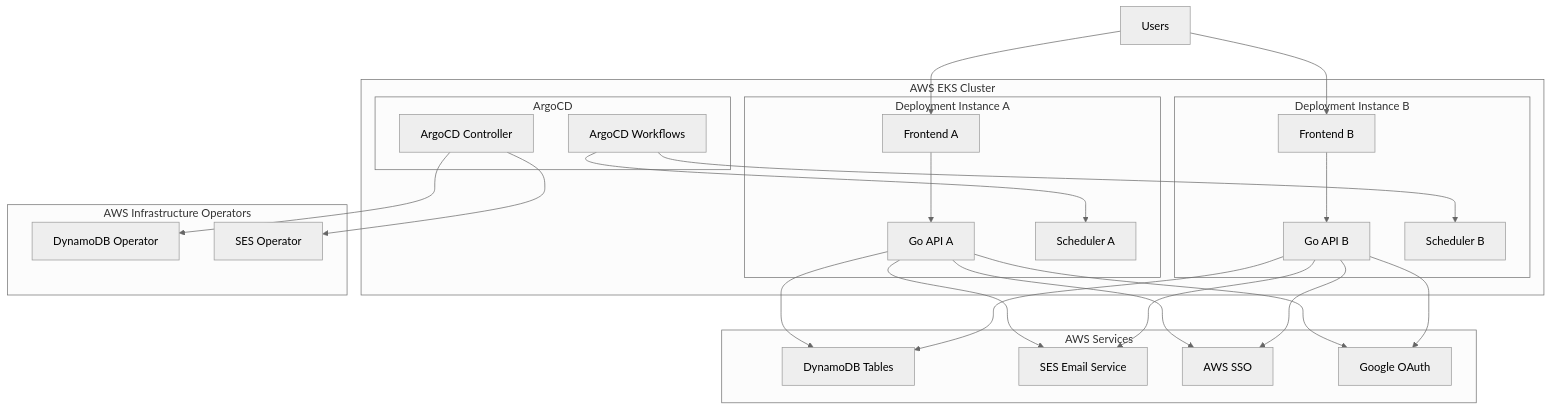
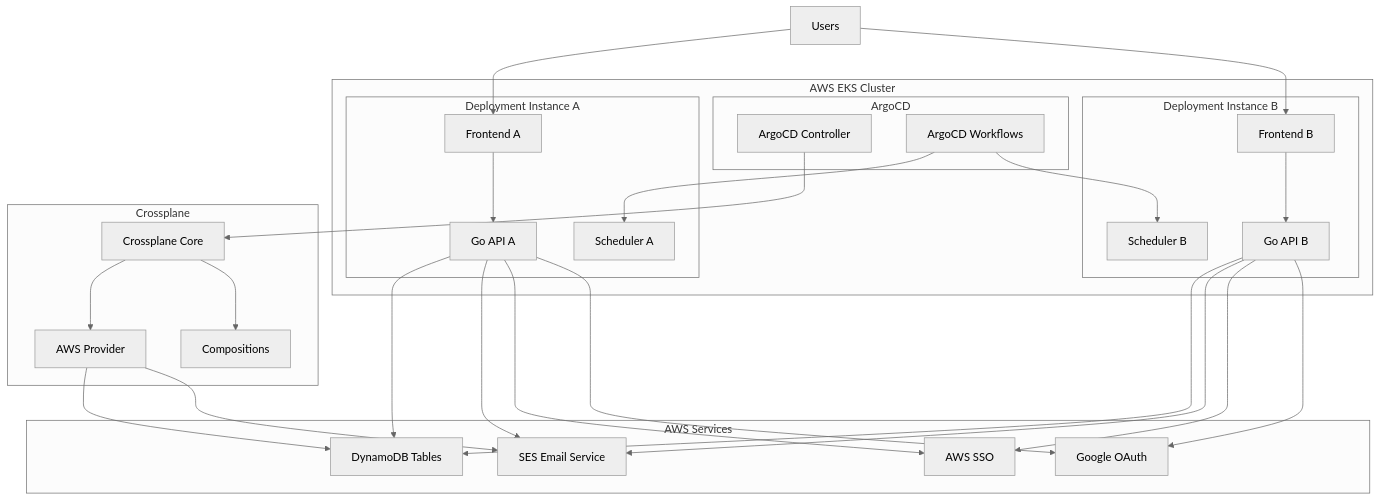
The first of 2 diagrams in .kiro/specs/virtual-coffee-platform/design.md (3sztof/k8s-virtual-coffee), drawn with Mermaid (neutral theme) before and after one commit. The commit also changed other lines of this file and 3 other files, not shown here.

````diff
--- a/.kiro/specs/virtual-coffee-platform/design.md
+++ b/.kiro/specs/virtual-coffee-platform/design.md
@@ -20,51 +20,55 @@
 ```mermaid
 graph TB
     subgraph "AWS EKS Cluster"
         subgraph "ArgoCD"
             AC[ArgoCD Controller]
             AW[ArgoCD Workflows]
         end
         
         subgraph "Deployment Instance A"
             FE_A[Frontend A]
             API_A[Go API A]
             SCHED_A[Scheduler A]
         end
         
         subgraph "Deployment Instance B"
             FE_B[Frontend B]
             API_B[Go API B]
             SCHED_B[Scheduler B]
         end
     end
     
     subgraph "AWS Services"
         DDB[DynamoDB Tables]
         SES[SES Email Service]
         SSO[AWS SSO]
         GOOGLE[Google OAuth]
     end
     
-    subgraph "AWS Infrastructure Operators"
-        DDB_OP[DynamoDB Operator]
-        SES_OP[SES Operator]
+    subgraph "Crossplane"
+        XP[Crossplane Core]
+        AWS_P[AWS Provider]
+        COMP[Compositions]
     end
     
     Users --> FE_A
     Users --> FE_B
     FE_A --> API_A
     FE_B --> API_B
     API_A --> DDB
     API_B --> DDB
     API_A --> SES
     API_B --> SES
     API_A --> SSO
     API_A --> GOOGLE
     API_B --> SSO
     API_B --> GOOGLE
     
-    AC --> DDB_OP
-    AC --> SES_OP
+    AC --> XP
+    XP --> AWS_P
+    AWS_P --> DDB
+    AWS_P --> SES
+    XP --> COMP
     AW --> SCHED_A
     AW --> SCHED_B
 ```
````
